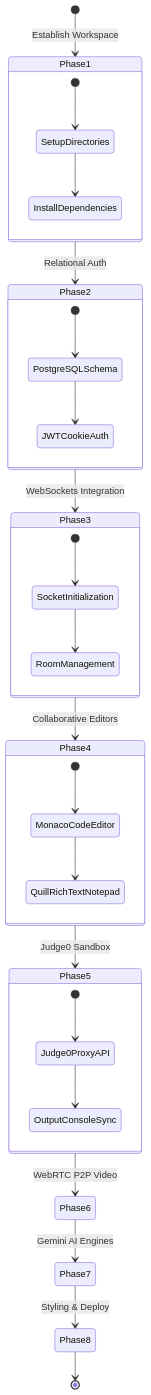
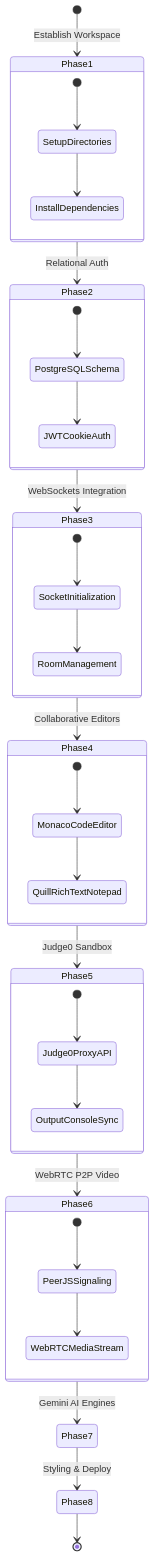
One commit to Vikal-Dubey/PeerPrep changed the second of 2 diagrams in README.md. Above: the diagram before and after it, drawn with Mermaid. The commit also changed other lines of this file, not shown here.

````diff
--- a/README.md
+++ b/README.md
@@ -213,39 +215,44 @@
 ```mermaid
 stateDiagram-v2
     [*] --> Phase1: Establish Workspace
     Phase1 --> Phase2: Relational Auth
     Phase2 --> Phase3: WebSockets Integration
     Phase3 --> Phase4: Collaborative Editors
     Phase4 --> Phase5: Judge0 Sandbox
     Phase5 --> Phase6: WebRTC P2P Video
     Phase6 --> Phase7: Gemini AI Engines
     Phase7 --> Phase8: Styling & Deploy
     Phase8 --> [*]
 
     state Phase1 {
         [*] --> SetupDirectories
         SetupDirectories --> InstallDependencies
     }
     state Phase2 {
         [*] --> PostgreSQLSchema
         PostgreSQLSchema --> JWTCookieAuth
     }
     state Phase3 {
         [*] --> SocketInitialization
         SocketInitialization --> RoomManagement
     }
     state Phase4 {
         [*] --> MonacoCodeEditor
         MonacoCodeEditor --> QuillRichTextNotepad
     }
     state Phase5 {
         [*] --> Judge0ProxyAPI
         Judge0ProxyAPI --> OutputConsoleSync
     }
+    state Phase6 {
+        [*] --> PeerJSSignaling
+        PeerJSSignaling --> WebRTCMediaStream
+    }
 
     style Phase1 fill:#10b981,color:#fff
     style Phase2 fill:#10b981,color:#fff
     style Phase3 fill:#10b981,color:#fff
     style Phase4 fill:#10b981,color:#fff
     style Phase5 fill:#10b981,color:#fff
+    style Phase6 fill:#10b981,color:#fff
 ```
````
